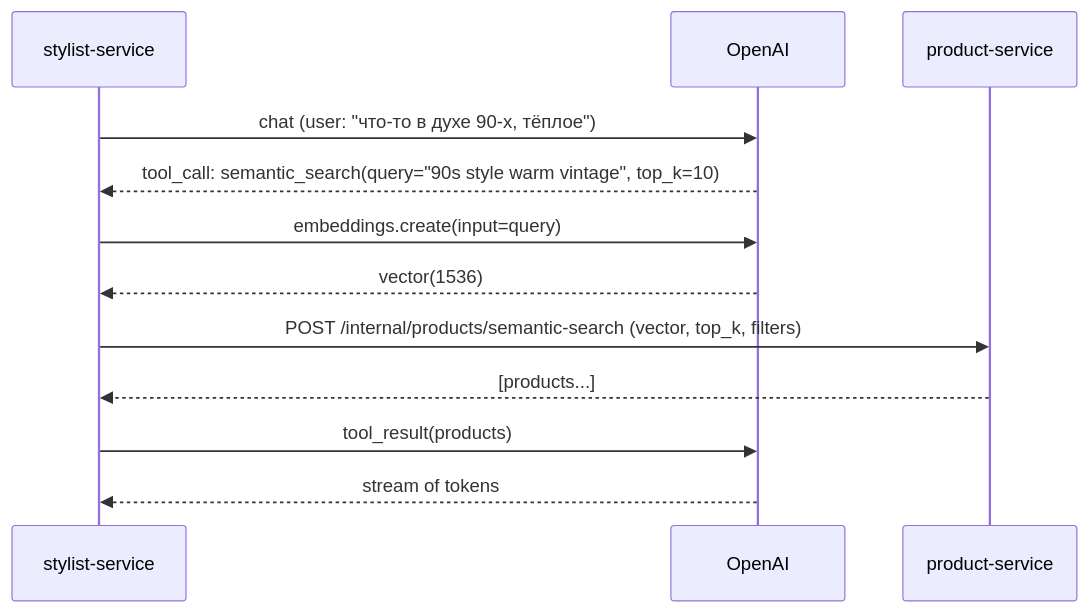
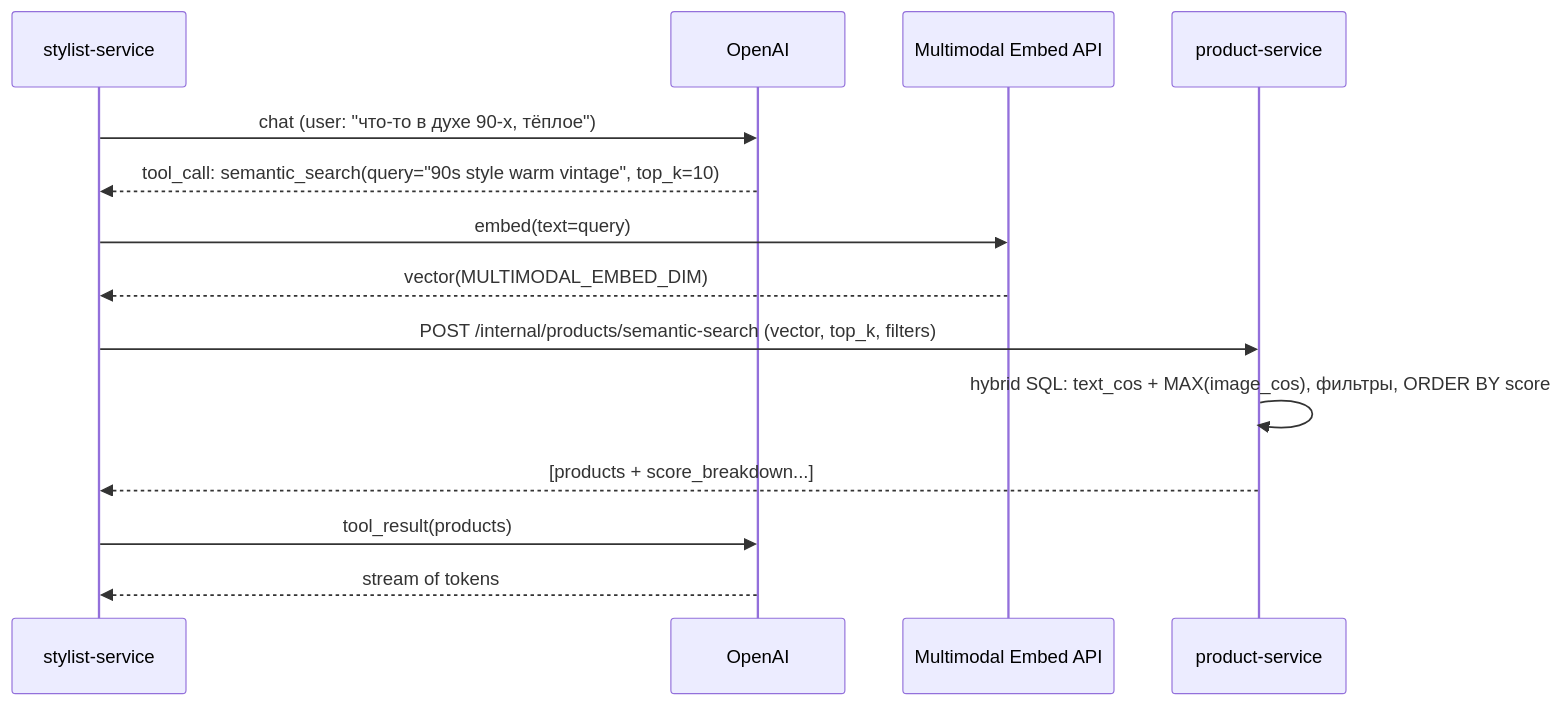
The second of 5 diagrams in server/ai-service/DESIGN.md (TortAlpha/ai-stylist-service), drawn with Mermaid before and after one commit. The commit also changed other lines of this file and 4 other files, not shown here.

````diff
--- a/server/ai-service/DESIGN.md
+++ b/server/ai-service/DESIGN.md
@@ -387,15 +473,17 @@
 ```mermaid
 sequenceDiagram
     participant AI as stylist-service
     participant OAI as OpenAI
+    participant ME as Multimodal Embed API
     participant PS as product-service
 
     AI->>OAI: chat (user: "что-то в духе 90-х, тёплое")
     OAI-->>AI: tool_call: semantic_search(query="90s style warm vintage", top_k=10)
-    AI->>OAI: embeddings.create(input=query)
-    OAI-->>AI: vector(1536)
+    AI->>ME: embed(text=query)
+    ME-->>AI: vector(MULTIMODAL_EMBED_DIM)
     AI->>PS: POST /internal/products/semantic-search (vector, top_k, filters)
-    PS-->>AI: [products...]
+    PS->>PS: hybrid SQL: text_cos + MAX(image_cos), фильтры, ORDER BY score
+    PS-->>AI: [products + score_breakdown...]
     AI->>OAI: tool_result(products)
     OAI-->>AI: stream of tokens
 ```
````
